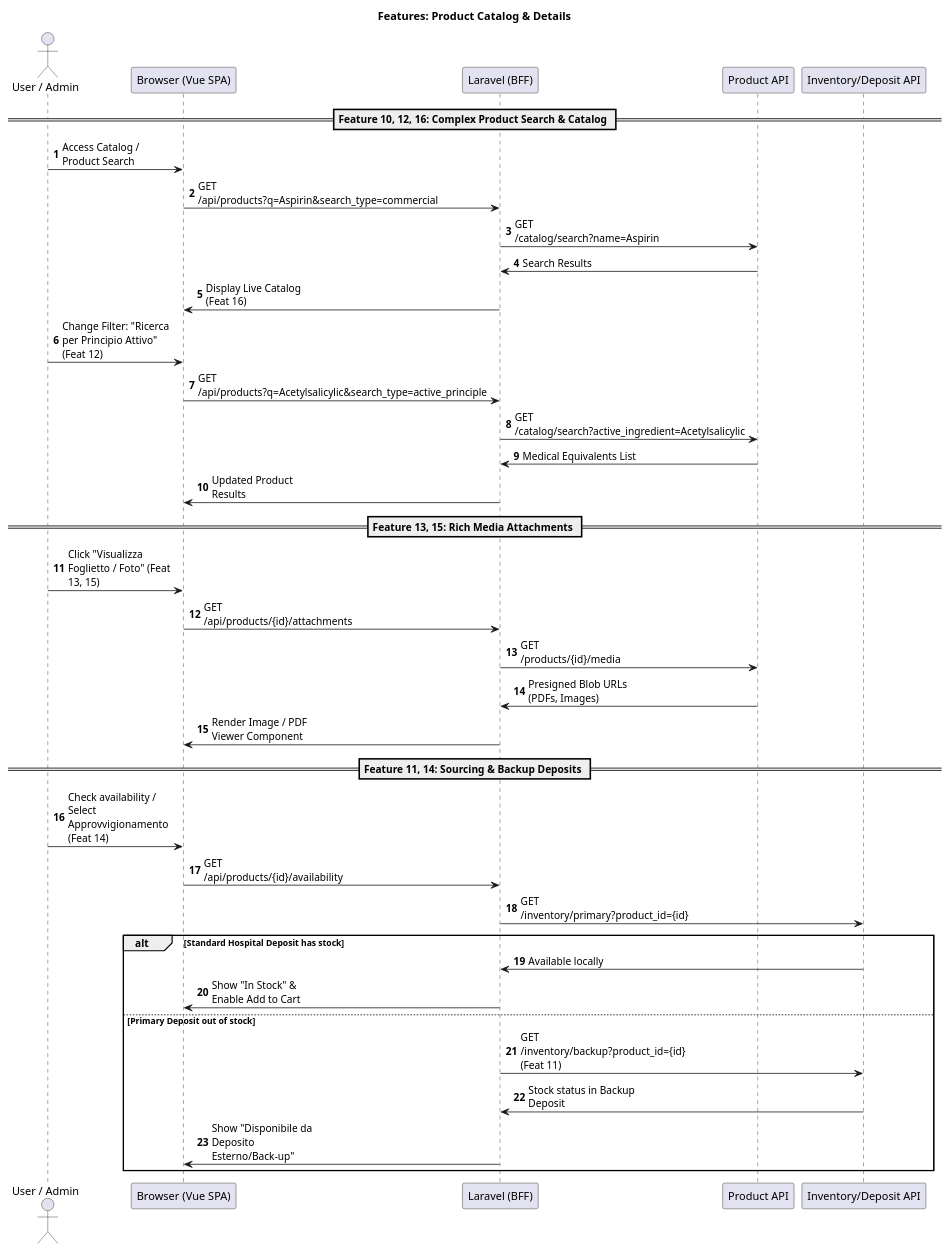
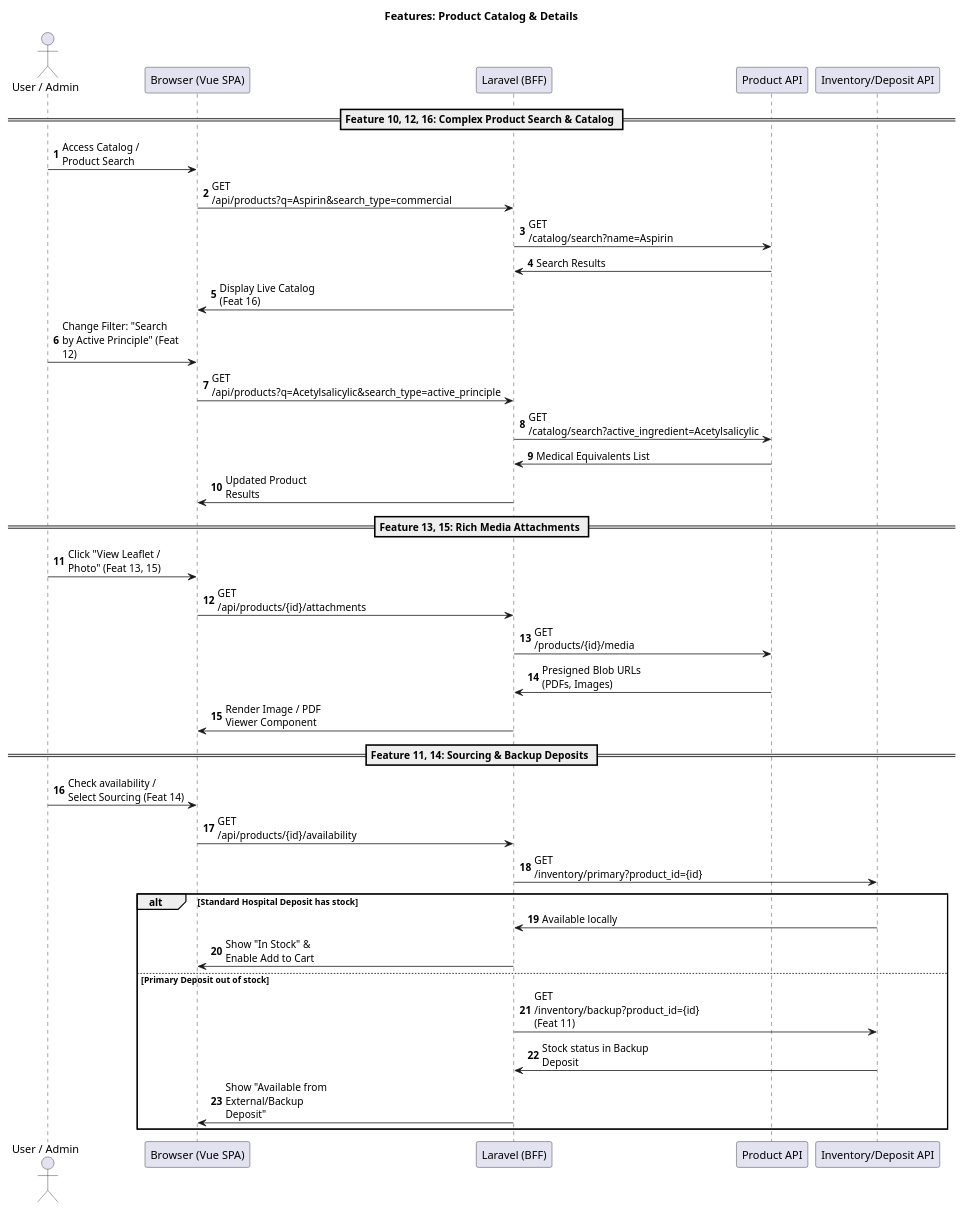
One commit to gant85/ospedaliero-design changed the diagram in docs/diagrams/sequence-feat-products.puml. Above: the diagram before and after it, drawn with PlantUML. The commit also changed 14 other files, not shown here.

```diff
--- a/docs/diagrams/sequence-feat-products.puml
+++ b/docs/diagrams/sequence-feat-products.puml
@@ -1,49 +1,49 @@
 @startuml
 title Features: Product Catalog & Details
 skinparam maxMessageSize 150
 autonumber
 
 actor "User / Admin" as User
 participant "Browser (Vue SPA)" as Browser
 participant "Laravel (BFF)" as BFF
 participant "Product API" as API
 participant "Inventory/Deposit API" as DepositAPI
 
 == Feature 10, 12, 16: Complex Product Search & Catalog ==
 
 User -> Browser: Access Catalog / Product Search
 Browser -> BFF: GET /api/products?q=Aspirin&search_type=commercial
 BFF -> API: GET /catalog/search?name=Aspirin
 API -> BFF: Search Results
 BFF -> Browser: Display Live Catalog (Feat 16)
 
-User -> Browser: Change Filter: "Ricerca per Principio Attivo" (Feat 12)
+User -> Browser: Change Filter: "Search by Active Principle" (Feat 12)
 Browser -> BFF: GET /api/products?q=Acetylsalicylic&search_type=active_principle
 BFF -> API: GET /catalog/search?active_ingredient=Acetylsalicylic
 API -> BFF: Medical Equivalents List
 BFF -> Browser: Updated Product Results
 
 == Feature 13, 15: Rich Media Attachments ==
 
-User -> Browser: Click "Visualizza Foglietto / Foto" (Feat 13, 15)
+User -> Browser: Click "View Leaflet / Photo" (Feat 13, 15)
 Browser -> BFF: GET /api/products/{id}/attachments
 BFF -> API: GET /products/{id}/media
 API -> BFF: Presigned Blob URLs (PDFs, Images)
 BFF -> Browser: Render Image / PDF Viewer Component
 
 == Feature 11, 14: Sourcing & Backup Deposits ==
 
-User -> Browser: Check availability / Select Approvvigionamento (Feat 14)
+User -> Browser: Check availability / Select Sourcing (Feat 14)
 Browser -> BFF: GET /api/products/{id}/availability
 BFF -> DepositAPI: GET /inventory/primary?product_id={id}
 
 alt Standard Hospital Deposit has stock
     DepositAPI -> BFF: Available locally
     BFF -> Browser: Show "In Stock" & Enable Add to Cart
 else Primary Deposit out of stock
     BFF -> DepositAPI: GET /inventory/backup?product_id={id} (Feat 11)
     DepositAPI -> BFF: Stock status in Backup Deposit
-    BFF -> Browser: Show "Disponibile da Deposito Esterno/Back-up"
+    BFF -> Browser: Show "Available from External/Backup Deposit"
 end
 
 @enduml
```
